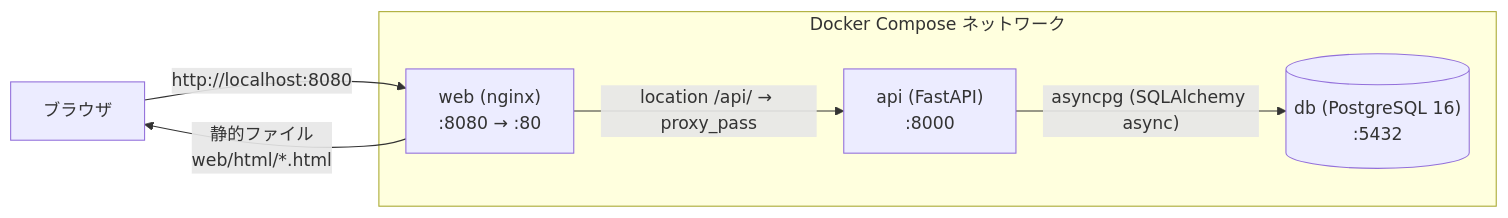
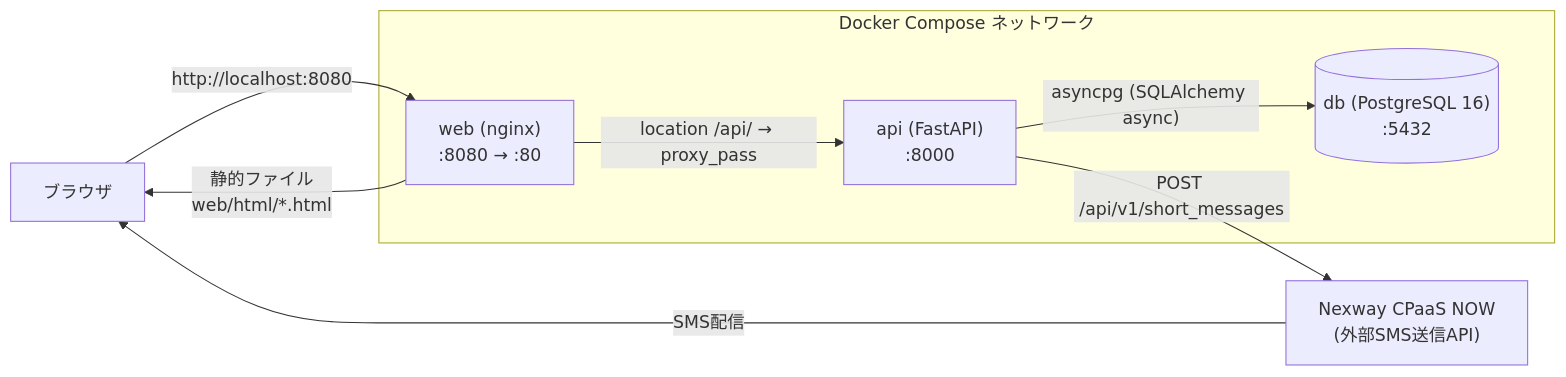
The first of 2 diagrams in README.md (Fu11erene/ip3-hackathon), drawn with Mermaid before and after one commit. The commit also changed other lines of this file, not shown here.

````diff
--- a/README.md
+++ b/README.md
@@ -15,15 +15,18 @@
 ```mermaid
 graph LR
     U["ブラウザ"]
+    N["Nexway CPaaS NOW\n(外部SMS送信API)"]
 
     subgraph docker["Docker Compose ネットワーク"]
         W["web (nginx)\n:8080 → :80"]
         A["api (FastAPI)\n:8000"]
         D[("db (PostgreSQL 16)\n:5432")]
     end
 
     U -->|"http://localhost:8080"| W
     W -->|"静的ファイル\nweb/html/*.html"| U
     W -->|"location /api/ → proxy_pass"| A
     A -->|"asyncpg (SQLAlchemy async)"| D
+    A -->|"POST /api/v1/short_messages"| N
+    N -->|"SMS配信"| U
 ```
````
